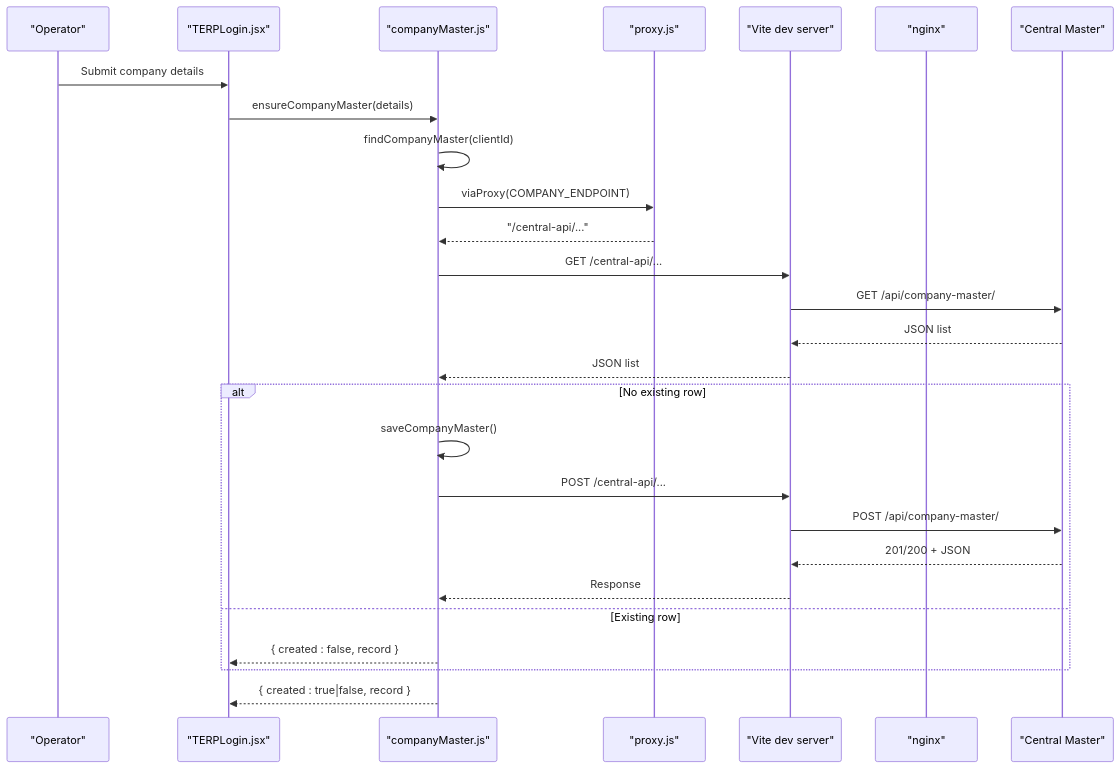
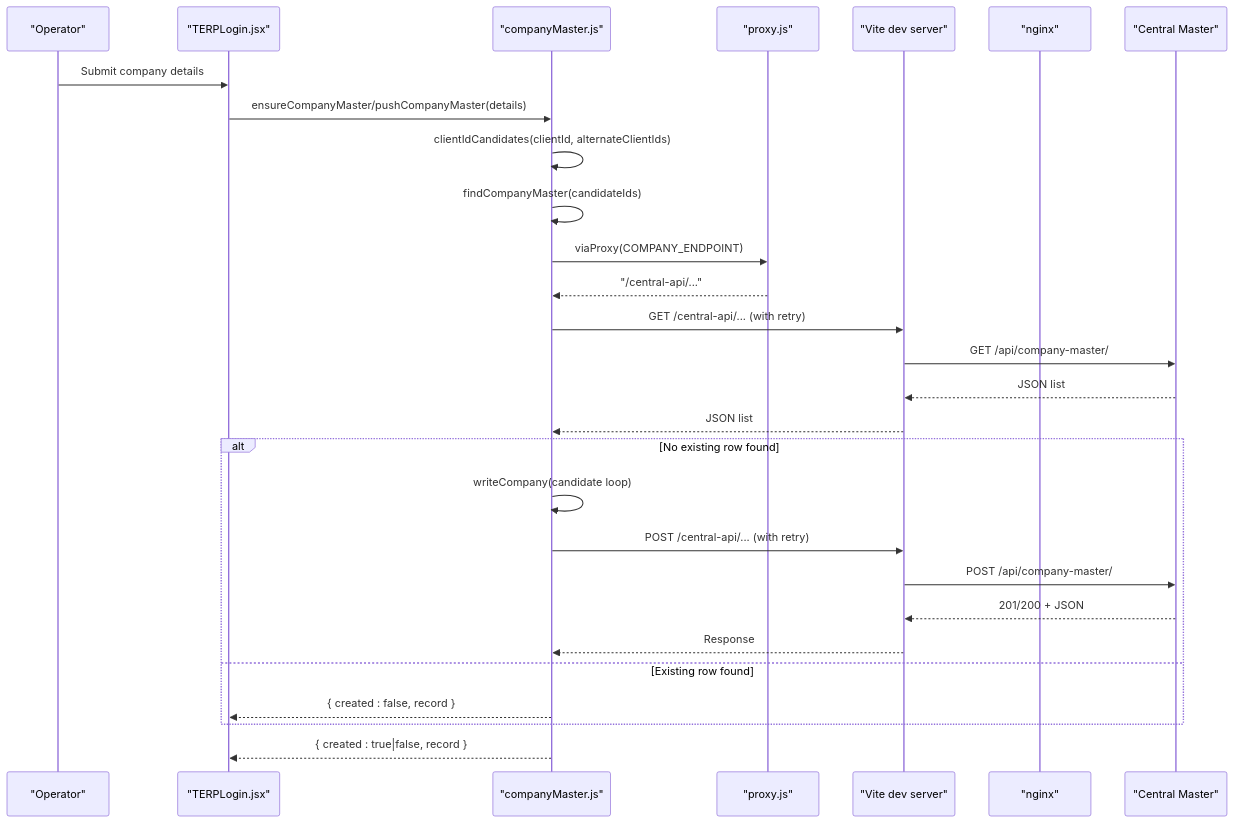
One commit to imcbsglobal/TRELLISCO_ERP_FRONTEND changed the second of 5 diagrams in .qoder/repowiki/en/content/API Integration Layer/Company Master API Integration.md. Above: the diagram before and after it, drawn with Mermaid. The commit also changed other lines of this file and 24 other files, not shown here.

````diff
--- a/.qoder/repowiki/en/content/API Integration Layer/Company Master API Integration.md
+++ b/.qoder/repowiki/en/content/API Integration Layer/Company Master API Integration.md
@@ -83,29 +94,30 @@
 ```mermaid
 sequenceDiagram
 participant User as "Operator"
 participant Page as "TERPLogin.jsx"
 participant Client as "companyMaster.js"
 participant Proxy as "proxy.js"
 participant Dev as "Vite dev server"
 participant Prod as "nginx"
 participant Backend as "Central Master"
 User->>Page : Submit company details
-Page->>Client : ensureCompanyMaster(details)
-Client->>Client : findCompanyMaster(clientId)
+Page->>Client : ensureCompanyMaster/pushCompanyMaster(details)
+Client->>Client : clientIdCandidates(clientId, alternateClientIds)
+Client->>Client : findCompanyMaster(candidateIds)
 Client->>Proxy : viaProxy(COMPANY_ENDPOINT)
 Proxy-->>Client : "/central-api/..."
-Client->>Dev : GET /central-api/...
+Client->>Dev : GET /central-api/... (with retry)
 Dev->>Backend : GET /api/company-master/
 Backend-->>Dev : JSON list
 Dev-->>Client : JSON list
-alt No existing row
-Client->>Client : saveCompanyMaster()
-Client->>Dev : POST /central-api/...
+alt No existing row found
+Client->>Client : writeCompany(candidate loop)
+Client->>Dev : POST /central-api/... (with retry)
 Dev->>Backend : POST /api/company-master/
 Backend-->>Dev : 201/200 + JSON
 Dev-->>Client : Response
-else Existing row
+else Existing row found
 Client-->>Page : { created : false, record }
 end
 Client-->>Page : { created : true|false, record }
 ```
````
